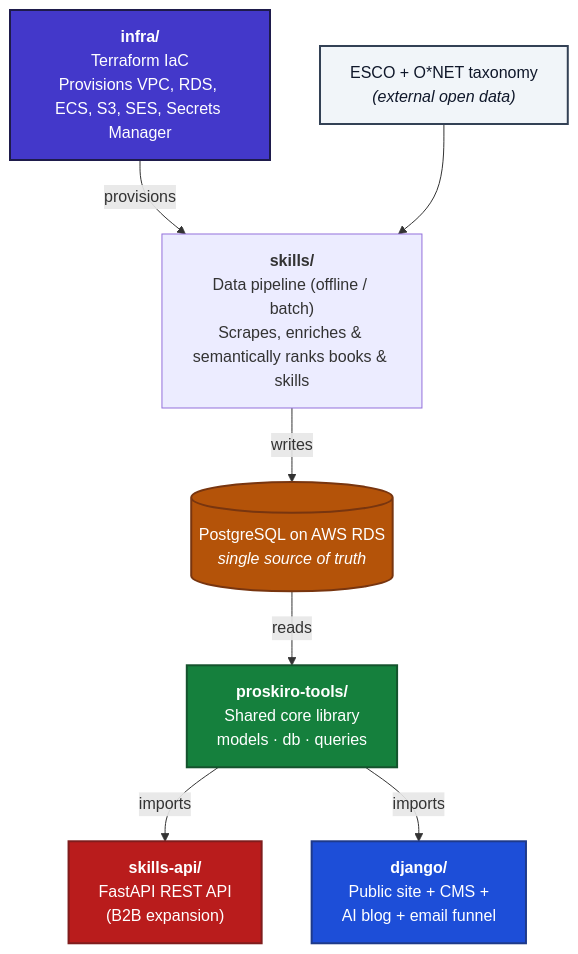
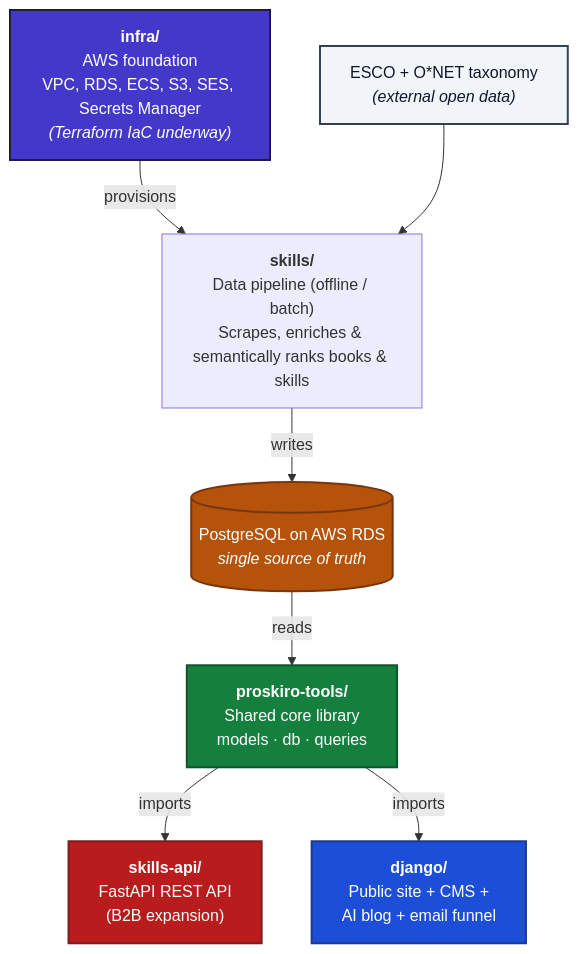
Before and after one commit to Proskiro/overview: the diagram in README.md, drawn with Mermaid. The commit also changed other lines of this file, not shown here.

Commit message:
terraform update

````diff
--- a/README.md
+++ b/README.md
@@ -18,24 +18,24 @@
 ```mermaid
 graph TD
-    infra["<b>infra/</b><br/>Terraform IaC<br/>Provisions VPC, RDS, ECS, S3, SES, Secrets Manager"]
+    infra["<b>infra/</b><br/>AWS foundation<br/>VPC, RDS, ECS, S3, SES, Secrets Manager<br/><i>(Terraform IaC underway)</i>"]
     data["ESCO + O*NET taxonomy<br/><i>(external open data)</i>"]
     skills["<b>skills/</b><br/>Data pipeline (offline / batch)<br/>Scrapes, enriches &amp; semantically ranks books &amp; skills"]
     db[("PostgreSQL on AWS RDS<br/><i>single source of truth</i>")]
     tools["<b>proskiro-tools/</b><br/>Shared core library<br/>models · db · queries"]
     api["<b>skills-api/</b><br/>FastAPI REST API<br/>(B2B expansion)"]
     django["<b>django/</b><br/>Public site + CMS +<br/>AI blog + email funnel"]
 
     infra -->|provisions| skills
     data --> skills
     skills -->|writes| db
     db -->|reads| tools
     tools -->|imports| api
     tools -->|imports| django
 
     style infra fill:#4338ca,stroke:#1e1b4b,stroke-width:2px,color:#ffffff
     style db fill:#b45309,stroke:#78350f,stroke-width:2px,color:#ffffff
     style tools fill:#15803d,stroke:#14532d,stroke-width:2px,color:#ffffff
     style api fill:#b91c1c,stroke:#7f1d1d,stroke-width:2px,color:#ffffff
     style django fill:#1d4ed8,stroke:#1e3a8a,stroke-width:2px,color:#ffffff
     style data fill:#f1f5f9,stroke:#334155,stroke-width:2px,color:#0f172a
 ```
````
